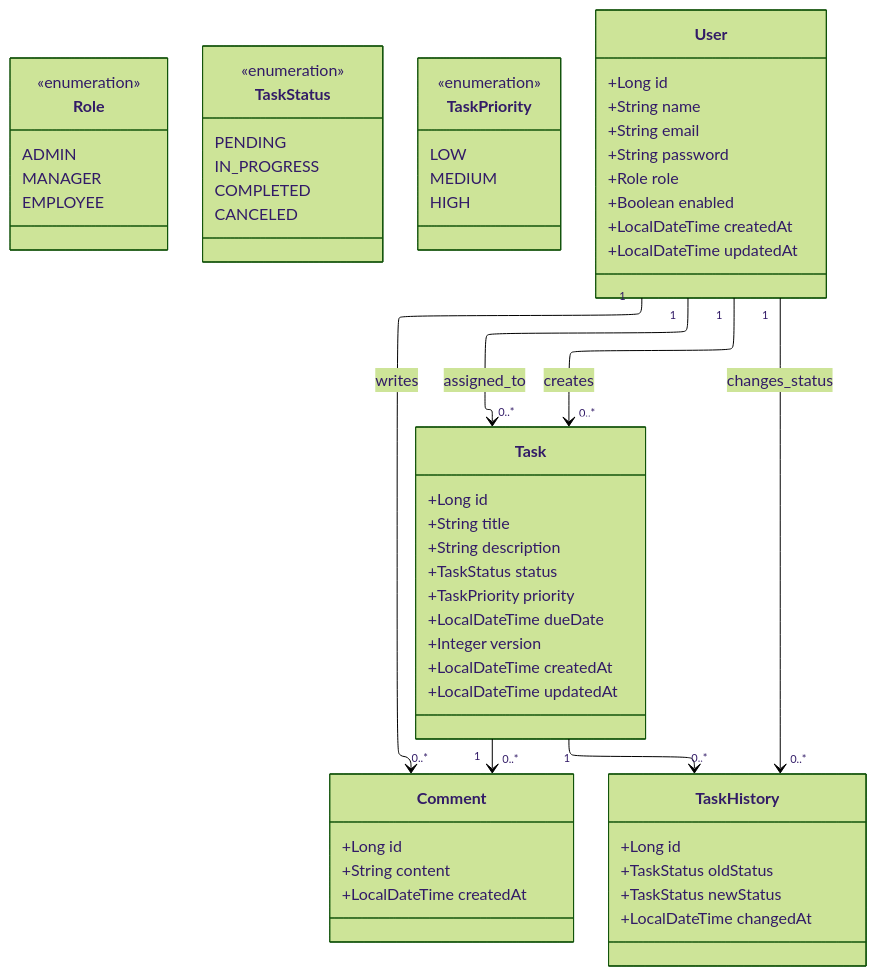
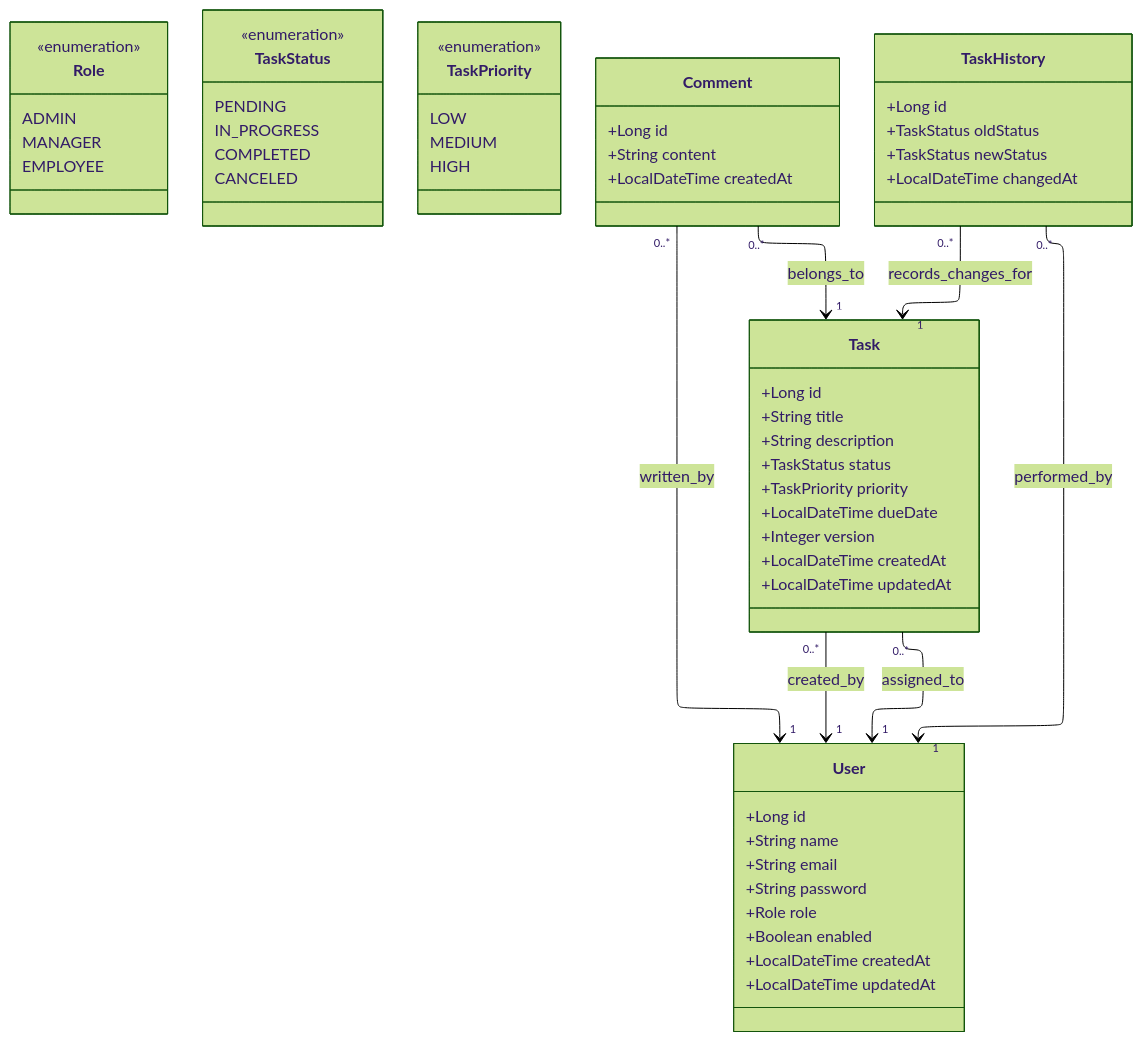
One commit to Poorna-Raj/task-manager changed the diagram in docs/class/class.mermaid. Above: the diagram before and after it, drawn with Mermaid (forest theme). The commit also changed 1 other file, not shown here.

Commit message:
update the class diagram

```diff
--- a/docs/class/class.mermaid
+++ b/docs/class/class.mermaid
@@ -1,70 +1,77 @@
 ---
 config:
   layout: elk
 ---
 classDiagram
 
-class Role {
-  <<enumeration>>
-  ADMIN
-  MANAGER
-  EMPLOYEE
-}
+    %% --- ENUMERATIONS ---
+    class Role {
+        <<enumeration>>
+        ADMIN
+        MANAGER
+        EMPLOYEE
+    }
 
-class TaskStatus {
-  <<enumeration>>
-  PENDING
-  IN_PROGRESS
-  COMPLETED
-  CANCELED
-}
+    class TaskStatus {
+        <<enumeration>>
+        PENDING
+        IN_PROGRESS
+        COMPLETED
+        CANCELED
+    }
 
-class TaskPriority {
-  <<enumeration>>
-  LOW
-  MEDIUM
-  HIGH
-}
+    class TaskPriority {
+        <<enumeration>>
+        LOW
+        MEDIUM
+        HIGH
+    }
 
-class User {
-  +Long id
-  +String name
-  +String email
-  +String password
-  +Role role
-  +Boolean enabled
-  +LocalDateTime createdAt
-  +LocalDateTime updatedAt
-}
+    %% --- ENTITIES ---
+    class User {
+        +Long id
+        +String name
+        +String email
+        +String password
+        +Role role
+        +Boolean enabled
+        +LocalDateTime createdAt
+        +LocalDateTime updatedAt
+    }
 
-class Task {
-  +Long id
-  +String title
-  +String description
-  +TaskStatus status
-  +TaskPriority priority
-  +LocalDateTime dueDate
-  +Integer version
-  +LocalDateTime createdAt
-  +LocalDateTime updatedAt
-}
+    class Task {
+        +Long id
+        +String title
+        +String description
+        +TaskStatus status
+        +TaskPriority priority
+        +LocalDateTime dueDate
+        +Integer version
+        +LocalDateTime createdAt
+        +LocalDateTime updatedAt
+    }
 
-class Comment {
-  +Long id
-  +String content
-  +LocalDateTime createdAt
-}
+    class Comment {
+        +Long id
+        +String content
+        +LocalDateTime createdAt
+    }
 
-class TaskHistory {
-  +Long id
-  +TaskStatus oldStatus
-  +TaskStatus newStatus
-  +LocalDateTime changedAt
-}
+    class TaskHistory {
+        +Long id
+        +TaskStatus oldStatus
+        +TaskStatus newStatus
+        +LocalDateTime changedAt
+    }
 
-User "1" --> "0..*" Task : creates
-User "1" --> "0..*" Task : assigned_to
-Task "1" --> "0..*" Comment
-User "1" --> "0..*" Comment : writes
-Task "1" --> "0..*" TaskHistory
-User "1" --> "0..*" TaskHistory : changes_status
+    %% --- UNIDIRECTIONAL RELATIONSHIPS ---
+    %% Arrow points TO the class being referenced (the one that is known)
+    
+    Task "0..*" --> "1" User : created_by
+    Task "0..*" --> "1" User : assigned_to
+    
+    Comment "0..*" --> "1" Task : belongs_to
+    Comment "0..*" --> "1" User : written_by
+    
+    TaskHistory "0..*" --> "1" Task : records_changes_for
+    TaskHistory "0..*" --> "1" User : performed_by
```
